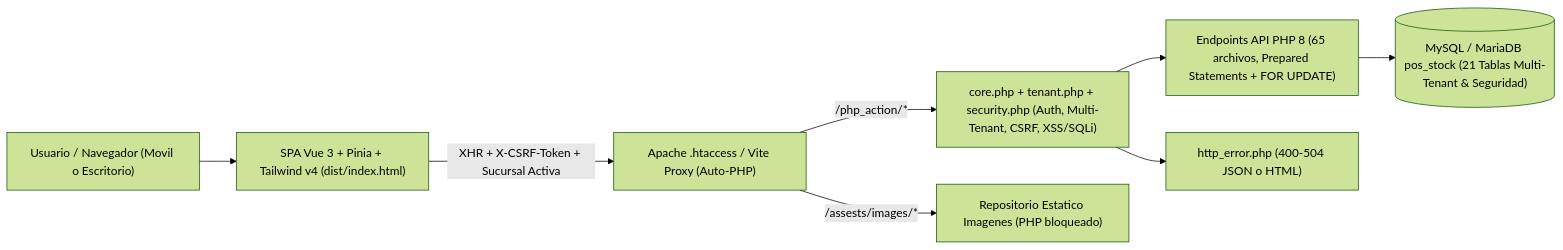
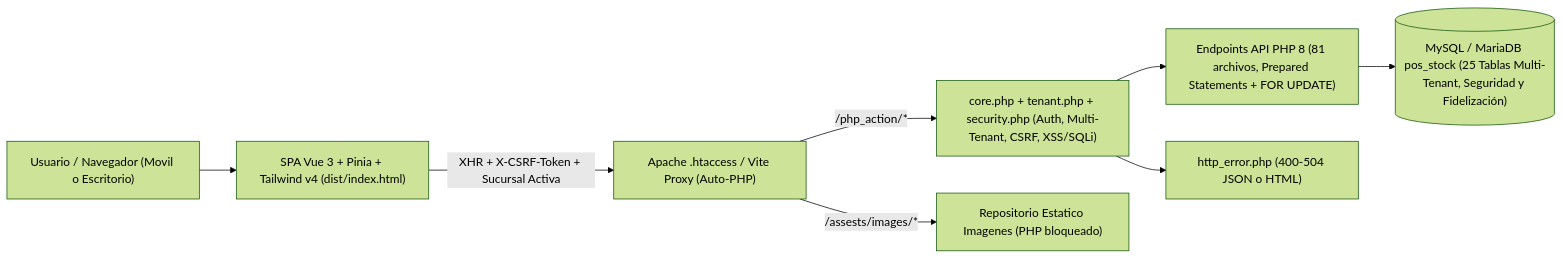
Before and after one commit to gercova/stock-bartolo: the first of 4 diagrams in PDR.md, drawn with Mermaid (forest theme). The commit also changed other lines of this file and 33 other files, not shown here.

````diff
--- a/PDR.md
+++ b/PDR.md
@@ -37,10 +38,10 @@
 ```mermaid
 flowchart LR
     U["Usuario / Navegador (Movil o Escritorio)"] --> SPA["SPA Vue 3 + Pinia + Tailwind v4 (dist/index.html)"]
     SPA -->|"XHR + X-CSRF-Token + Sucursal Activa"| GW["Apache .htaccess / Vite Proxy (Auto-PHP)"]
     GW -->|"/php_action/*"| SEC["core.php + tenant.php + security.php (Auth, Multi-Tenant, CSRF, XSS/SQLi)"]
     GW -->|"/assests/images/*"| IMG["Repositorio Estatico Imagenes (PHP bloqueado)"]
-    SEC --> API["Endpoints API PHP 8 (65 archivos, Prepared Statements + FOR UPDATE)"]
+    SEC --> API["Endpoints API PHP 8 (81 archivos, Prepared Statements + FOR UPDATE)"]
     SEC --> ERR["http_error.php (400-504 JSON o HTML)"]
-    API --> DB[("MySQL / MariaDB pos_stock (21 Tablas Multi-Tenant & Seguridad)")]
+    API --> DB[("MySQL / MariaDB pos_stock (25 Tablas Multi-Tenant, Seguridad y Fidelización)")]
 ```
````
